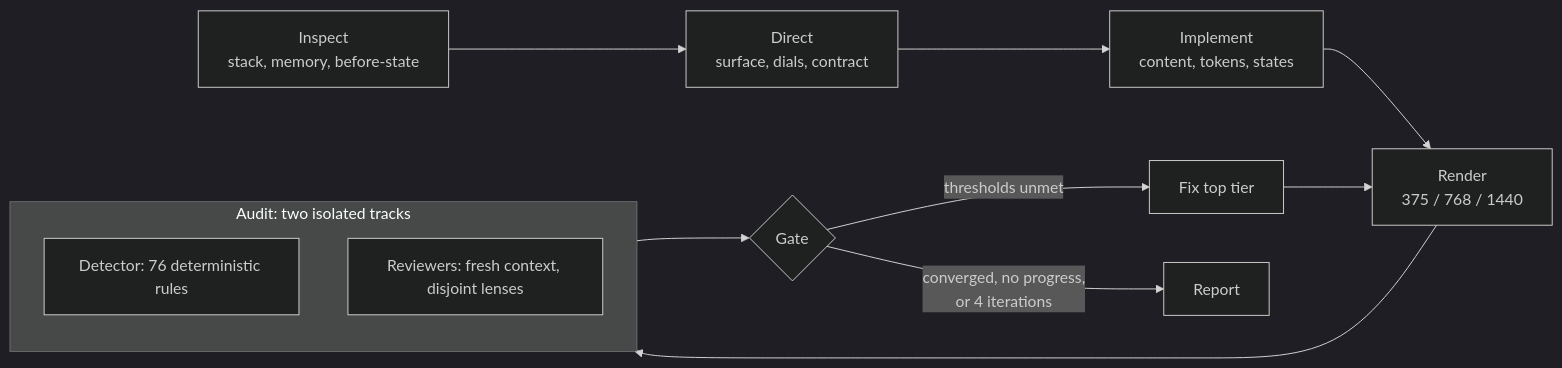
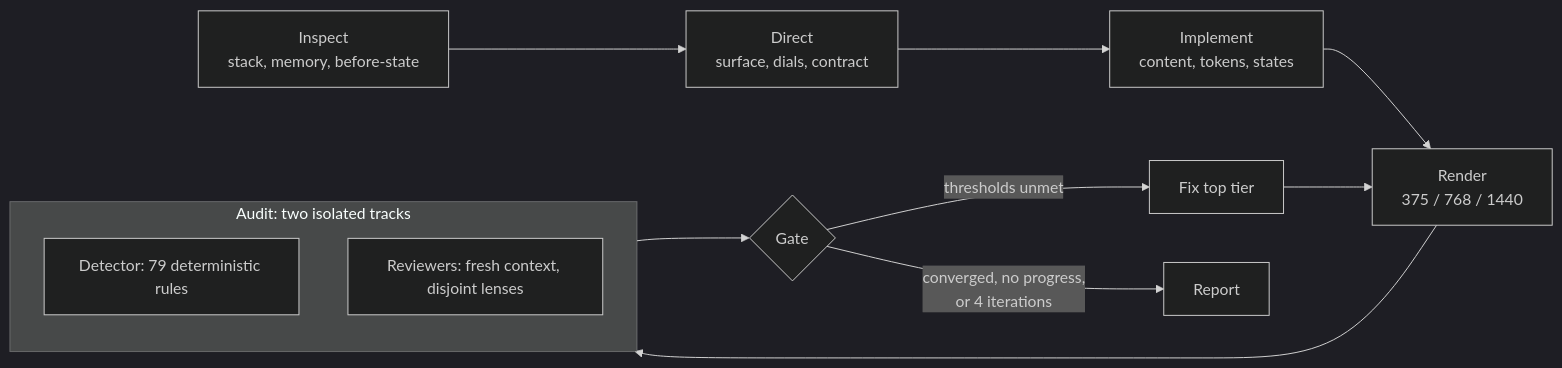
One commit to lexsantor/lexia-design changed the diagram in README.md. Above: the diagram before and after it, drawn with Mermaid (dark theme). The commit also changed other lines of this file and 12 other files, not shown here.

First line of the commit message:
0.7.0: Tier-5 conversion architecture (externally sourced)

````diff
--- a/README.md
+++ b/README.md
@@ -227,17 +227,17 @@
 ```mermaid
 flowchart LR
     A[Inspect<br/>stack, memory, before-state] --> B[Direct<br/>surface, dials, contract]
     B --> C[Implement<br/>content, tokens, states]
     C --> D[Render<br/>375 / 768 / 1440]
     D --> E[Audit]
     E --> F{Gate}
     F -->|thresholds unmet| G[Fix top tier]
     G --> D
     F -->|converged, no progress,<br/>or 4 iterations| H[Report]
 
     subgraph E [Audit: two isolated tracks]
         direction TB
-        E1[Detector: 76 deterministic rules]
+        E1[Detector: 79 deterministic rules]
         E2[Reviewers: fresh context, disjoint lenses]
     end
 ```
````
